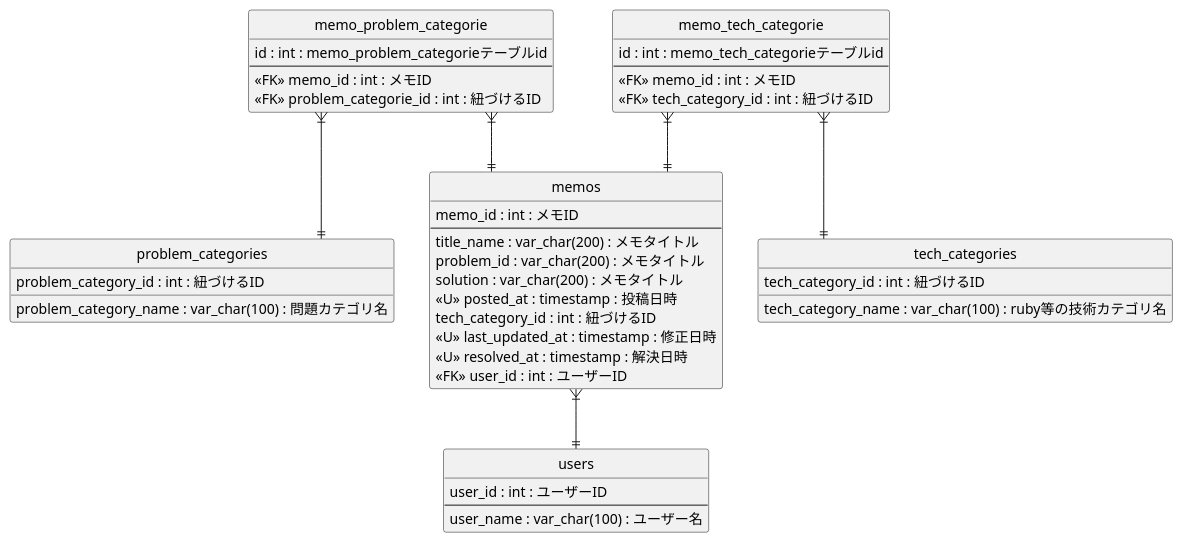
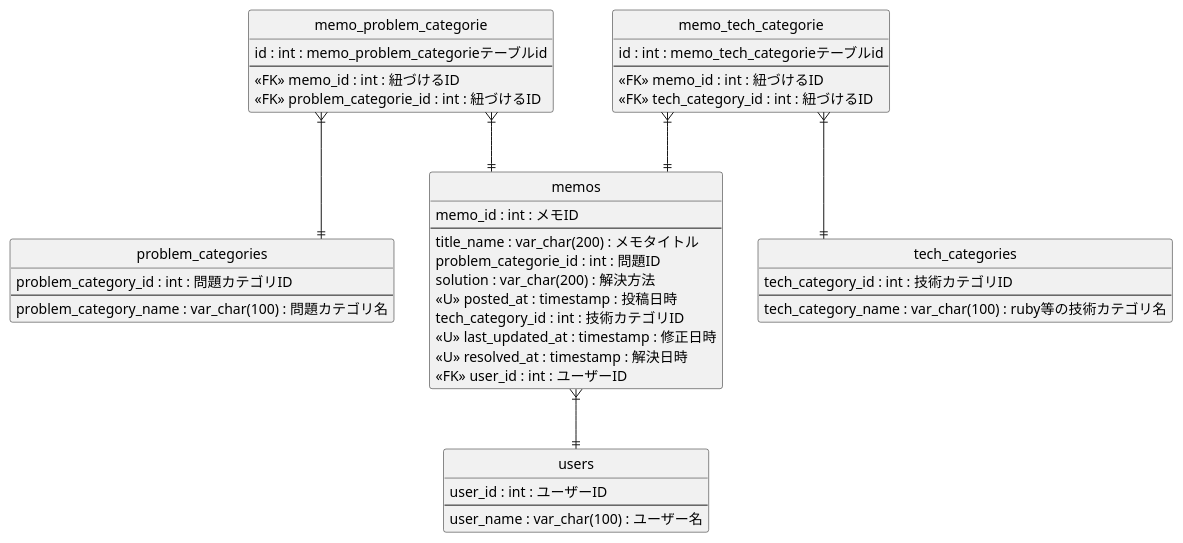
One commit to team1-apprentice-4th/DEV1 changed the diagram in backend/db/ER.pu. Above: the diagram before and after it, drawn with PlantUML. The commit also changed 1 other file, not shown here.

Commit message:
update ER & put picture

```diff
--- a/backend/db/ER.pu
+++ b/backend/db/ER.pu
@@ -9,55 +9,57 @@
 @startuml Tmatter
 hide circle
 hide empty members
 skinparam linetype ortho
 skinparam defaultFontName MSP ゴシック体
 
 entity memos {
     memo_id : int : メモID
     --
     title_name : var_char(200) : メモタイトル
-    problem_id : var_char(200) : メモタイトル
-    solution : var_char(200) : メモタイトル
+    problem_categorie_id : int : 問題ID
+    solution : var_char(200) : 解決方法
     <<U>> posted_at : timestamp : 投稿日時
-    tech_category_id : int : 紐づけるID
+    tech_category_id : int : 技術カテゴリID
     <<U>> last_updated_at : timestamp : 修正日時
     <<U>> resolved_at : timestamp : 解決日時
     <<FK>> user_id : int : ユーザーID
 }
 
 entity users {
     user_id : int : ユーザーID
     --
     user_name : var_char(100) : ユーザー名
 }
 
 entity memo_problem_categorie {
     id : int : memo_problem_categorieテーブルid
     --
-    <<FK>> memo_id : int : メモID
+    <<FK>> memo_id : int : 紐づけるID
     <<FK>> problem_categorie_id : int : 紐づけるID
 }
 
 entity problem_categories {
-    problem_category_id : int : 紐づけるID
+    problem_category_id : int : 問題カテゴリID
+    --
     problem_category_name : var_char(100) : 問題カテゴリ名
 }
 
 entity memo_tech_categorie {
     id : int : memo_tech_categorieテーブルid
     --
-    <<FK>> memo_id : int : メモID
+    <<FK>> memo_id : int : 紐づけるID
     <<FK>> tech_category_id : int : 紐づけるID
 }
 
 entity tech_categories {
-    tech_category_id : int : 紐づけるID
+    tech_category_id : int : 技術カテゴリID
+    --
     tech_category_name : var_char(100) : ruby等の技術カテゴリ名
 }
 
 memo_tech_categorie }|--|| memos
 memo_tech_categorie }|--|| tech_categories
 memo_problem_categorie }|--|| memos
 memo_problem_categorie }|--|| problem_categories
 memos }|--|| users
 @endumls
```
